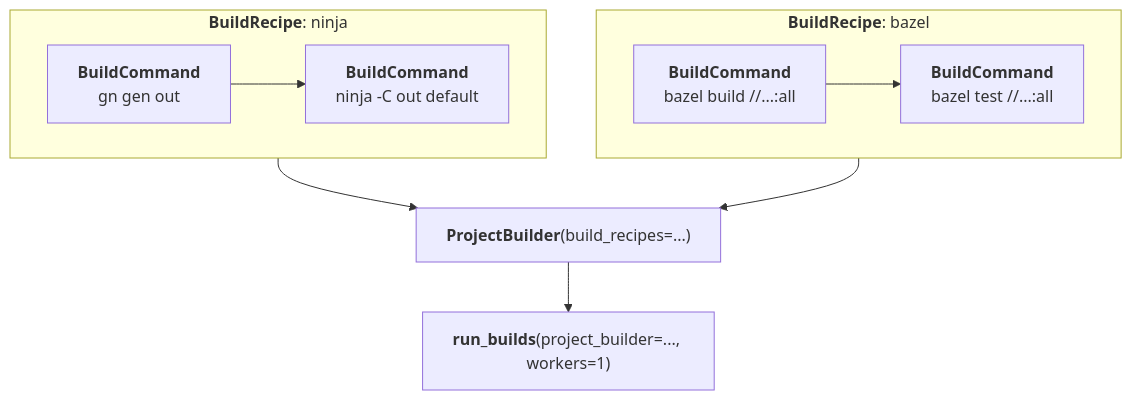
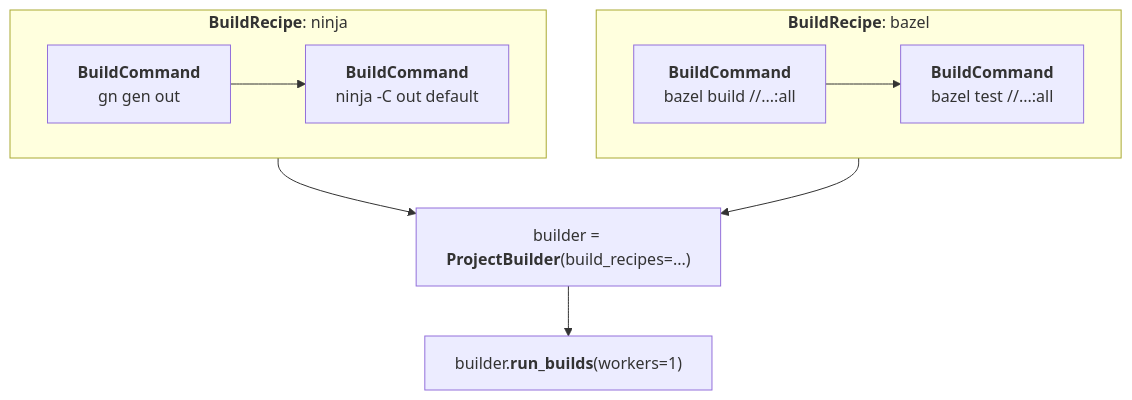
The diagram in pw_build/project_builder.rst (chromium-full-mirror/chromiumos_third_party_pigweed_pigweed), drawn with Mermaid before and after one commit. The commit also changed other lines of this file and 5 other files, not shown here.

```diff
--- a/pw_build/project_builder.rst
+++ b/pw_build/project_builder.rst
@@ -71,21 +71,21 @@
 .. mermaid::
 
    flowchart TB
        subgraph BuildRecipeA ["<strong>BuildRecipe</strong>: ninja"]
            buildCommandA1["<strong>BuildCommand</strong><br> gn gen out"]
            buildCommandA2["<strong>BuildCommand</strong><br> ninja -C out default"]
            buildCommandA1-->buildCommandA2
        end
 
        subgraph BuildRecipeB ["<strong>BuildRecipe</strong>: bazel"]
            buildCommandB1["<strong>BuildCommand</strong><br> bazel build //...:all"]
            buildCommandB2["<strong>BuildCommand</strong><br> bazel test //...:all"]
            buildCommandB1-->buildCommandB2
        end
 
-       ProjectBuilder["<strong>ProjectBuilder</strong>(build_recipes=...)"]
+       ProjectBuilder["builder = <strong>ProjectBuilder</strong>(build_recipes=...)"]
        BuildRecipeA-->ProjectBuilder
        BuildRecipeB-->ProjectBuilder
 
-       run_builds["<strong>run_builds</strong>(project_builder=..., workers=1)"]
+       run_builds["builder.<strong>run_builds</strong>(workers=1)"]
        ProjectBuilder-->run_builds
```
